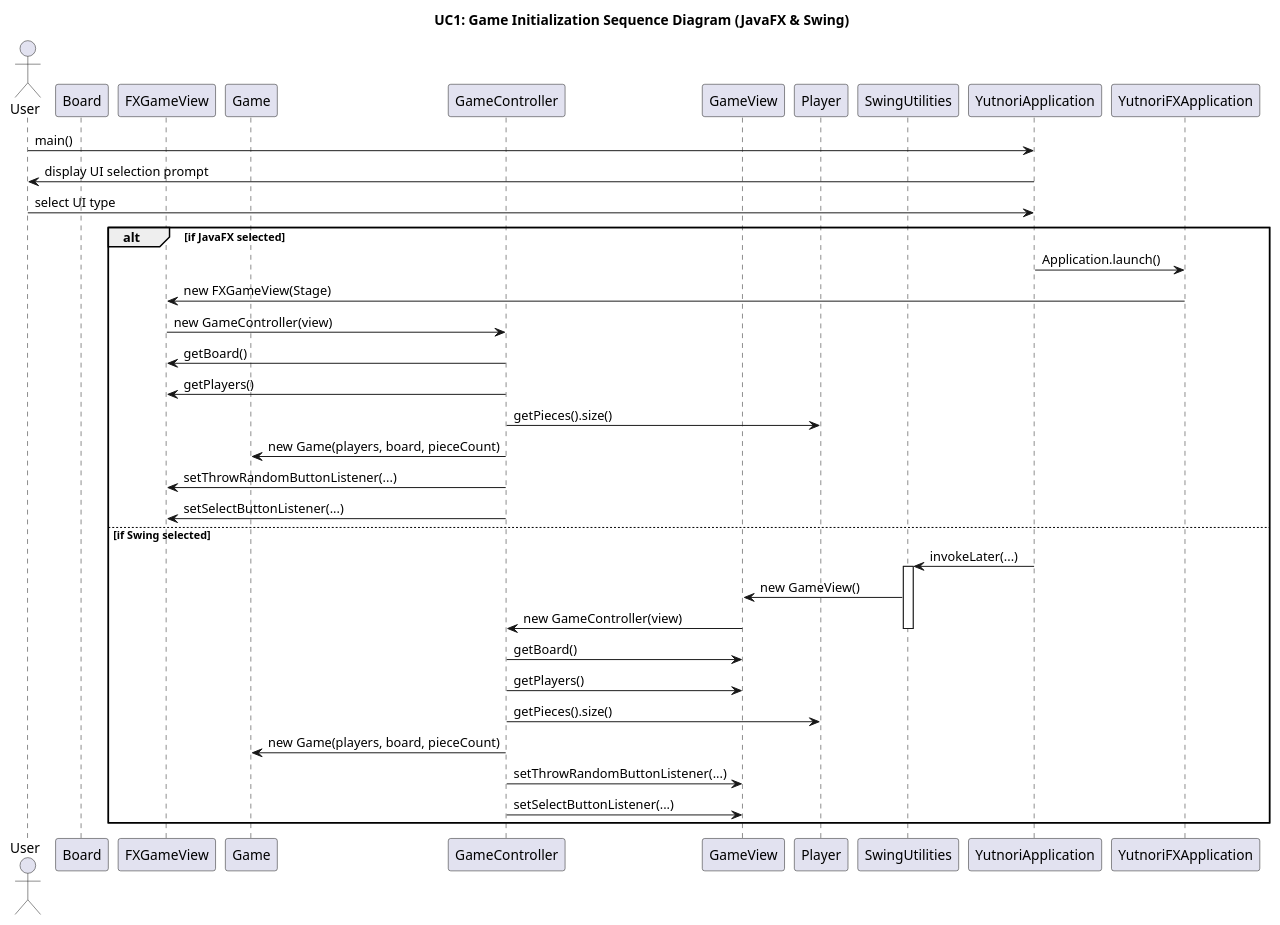
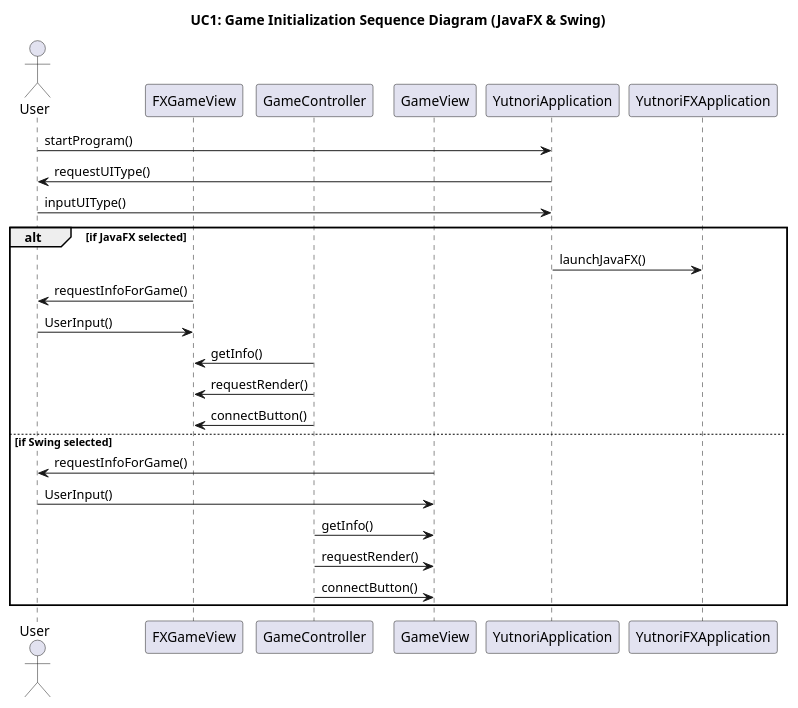
Before and after one commit to jack0928/SE-Term-Project-2025: the diagram in UC1SD.puml, drawn with PlantUML. The commit also changed 1 other file, not shown here.

```diff
--- a/UC1SD.puml
+++ b/UC1SD.puml
@@ -1,46 +1,33 @@
 @startuml
 title UC1: Game Initialization Sequence Diagram (JavaFX & Swing)
 
 actor User
-participant Board as Board
 participant FXGameView as FXGameView
-participant Game as Game
 participant GameController as GameController
 participant GameView as GameView
-participant Player as Player
-participant SwingUtilities as SwingUtilities
 participant YutnoriApplication as YutnoriApplication
 participant YutnoriFXApplication as YutnoriFXApplication
 
-User -> YutnoriApplication : main()
-YutnoriApplication -> User : display UI selection prompt
-User -> YutnoriApplication : select UI type
+User -> YutnoriApplication : startProgram()
+YutnoriApplication -> User : requestUIType()
+User -> YutnoriApplication : inputUIType()
 
 alt if JavaFX selected
-  YutnoriApplication -> YutnoriFXApplication : Application.launch()
-  YutnoriFXApplication -> FXGameView : new FXGameView(Stage)
-  FXGameView -> GameController : new GameController(view)
+  YutnoriApplication -> YutnoriFXApplication : launchJavaFX()
 
-  GameController -> FXGameView : getBoard()
-  GameController -> FXGameView : getPlayers()
-  GameController -> Player : getPieces().size()
-  GameController -> Game : new Game(players, board, pieceCount)
-  GameController -> FXGameView : setThrowRandomButtonListener(...)
-  GameController -> FXGameView : setSelectButtonListener(...)
+  FXGameView -> User : requestInfoForGame()
+  User ->  FXGameView : UserInput()
+  GameController -> FXGameView : getInfo()
+  GameController -> FXGameView : requestRender()
+  GameController -> FXGameView : connectButton()
+
 
 else if Swing selected
-  YutnoriApplication -> SwingUtilities : invokeLater(...)
-  activate SwingUtilities
-  SwingUtilities -> GameView : new GameView()
-  GameView -> GameController : new GameController(view)
-  deactivate SwingUtilities
-
-  GameController -> GameView : getBoard()
-  GameController -> GameView : getPlayers()
-  GameController -> Player : getPieces().size()
-  GameController -> Game : new Game(players, board, pieceCount)
-  GameController -> GameView : setThrowRandomButtonListener(...)
-  GameController -> GameView : setSelectButtonListener(...)
+  GameView -> User : requestInfoForGame()
+  User -> GameView : UserInput()
+  GameController -> GameView : getInfo()
+  GameController -> GameView : requestRender()
+  GameController -> GameView : connectButton()
 end alt
 
 @enduml
```
